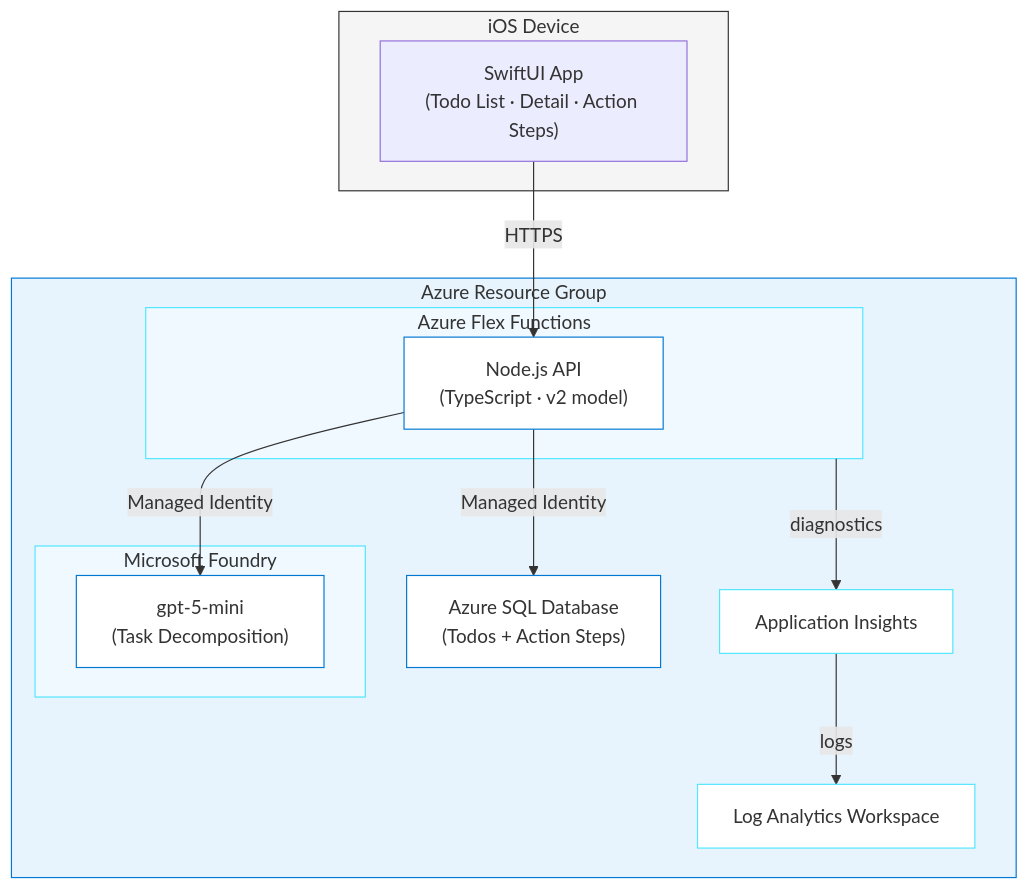
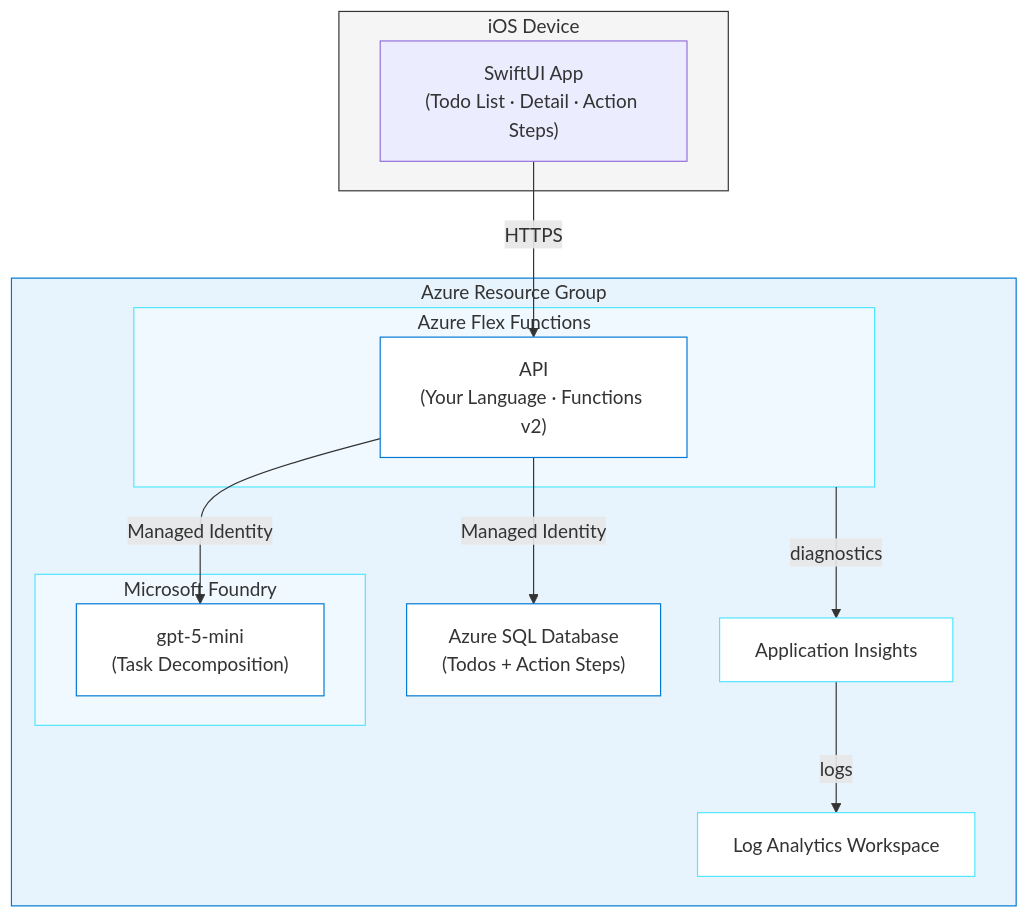
One commit to DanWahlin/github-azure-agentic-journeys changed the diagram in journeys/smart-todo/README.md. Above: the diagram before and after it, drawn with Mermaid. The commit also changed other lines of this file and 6 other files, not shown here.

````diff
--- a/journeys/smart-todo/README.md
+++ b/journeys/smart-todo/README.md
@@ -35,38 +35,38 @@
 ```mermaid
 graph TB
     subgraph Client["iOS Device"]
         APP["SwiftUI App<br/>(Todo List · Detail · Action Steps)"]
     end
 
     subgraph RG["Azure Resource Group"]
         LA["Log Analytics Workspace"]
 
         subgraph Functions["Azure Flex Functions"]
-            API["Node.js API<br/>(TypeScript · v2 model)"]
+            API["API<br/>(Your Language · Functions v2)"]
         end
 
         SQL["Azure SQL Database<br/>(Todos + Action Steps)"]
 
         subgraph Foundry["Microsoft Foundry"]
             GPT["gpt-5-mini<br/>(Task Decomposition)"]
         end
 
         AI["Application Insights"]
     end
 
     APP -->|HTTPS| API
     API -->|Managed Identity| SQL
     API -->|Managed Identity| GPT
     Functions -->|diagnostics| AI
     AI -->|logs| LA
 
     style Client fill:#f5f5f5,stroke:#333
     style RG fill:#e8f4fd,stroke:#0078D4
     style Functions fill:#f0f9ff,stroke:#50e6ff
     style API fill:#fff,stroke:#0078D4
     style SQL fill:#fff,stroke:#0078D4
     style Foundry fill:#f0f9ff,stroke:#50e6ff
     style GPT fill:#fff,stroke:#0078D4
     style LA fill:#fff,stroke:#50e6ff
     style AI fill:#fff,stroke:#50e6ff
 ```
````
